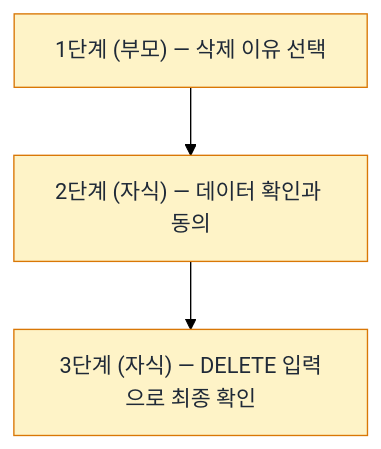
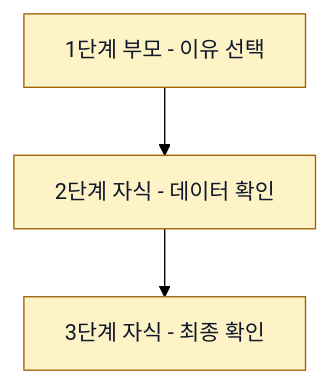
Before and after one commit to linisia/eric-company: the third of 7 diagrams in content/diary/c/1.md, drawn with Mermaid (forest theme). The commit also changed other lines of this file, not shown here.

````diff
--- a/content/diary/c/1.md
+++ b/content/diary/c/1.md
@@ -78,8 +88,8 @@
 ```mermaid
 flowchart TD
-    A["1단계 (부모) — 삭제 이유 선택"] --> B["2단계 (자식) — 데이터 확인과 동의"]
-    B --> C["3단계 (자식) — DELETE 입력으로 최종 확인"]
-    style A fill:#fef3c7,stroke:#d97706,color:#1f2937
-    style B fill:#fef3c7,stroke:#d97706,color:#1f2937
-    style C fill:#fef3c7,stroke:#d97706,color:#1f2937
+    A[1단계 부모 - 이유 선택] --> B[2단계 자식 - 데이터 확인]
+    B --> C[3단계 자식 - 최종 확인]
+    style A fill:#fef3c7,stroke:#a16207,color:#0f172a
+    style B fill:#fef3c7,stroke:#a16207,color:#0f172a
+    style C fill:#fef3c7,stroke:#a16207,color:#0f172a
 ```
````
